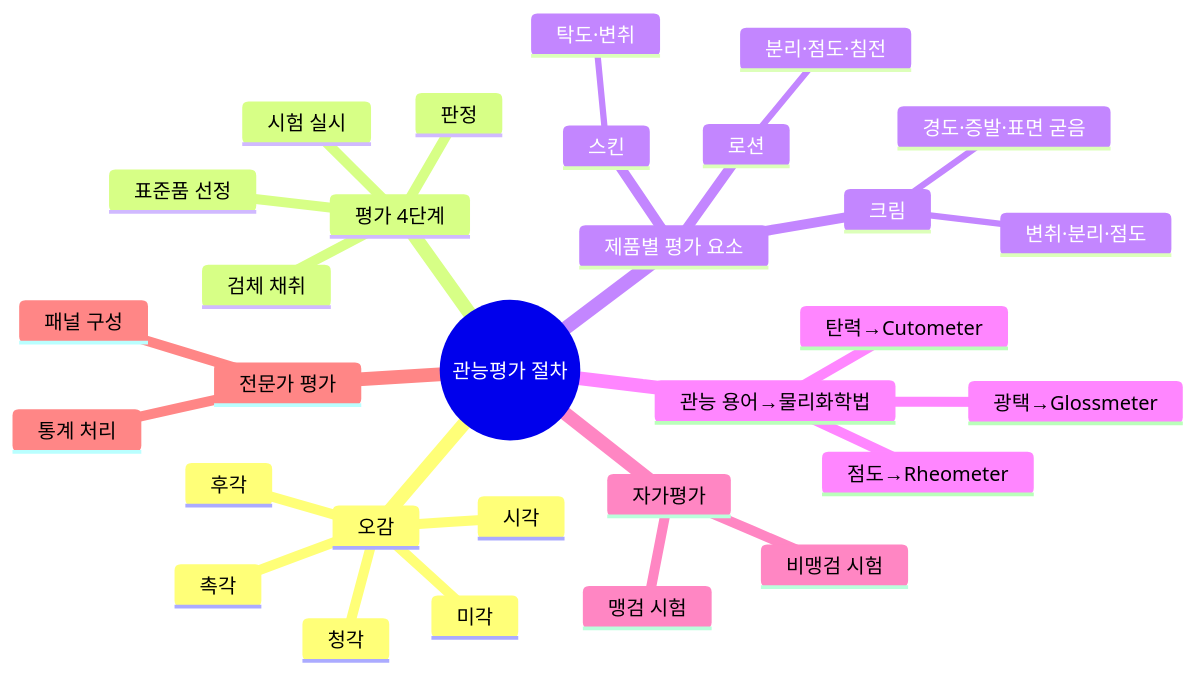
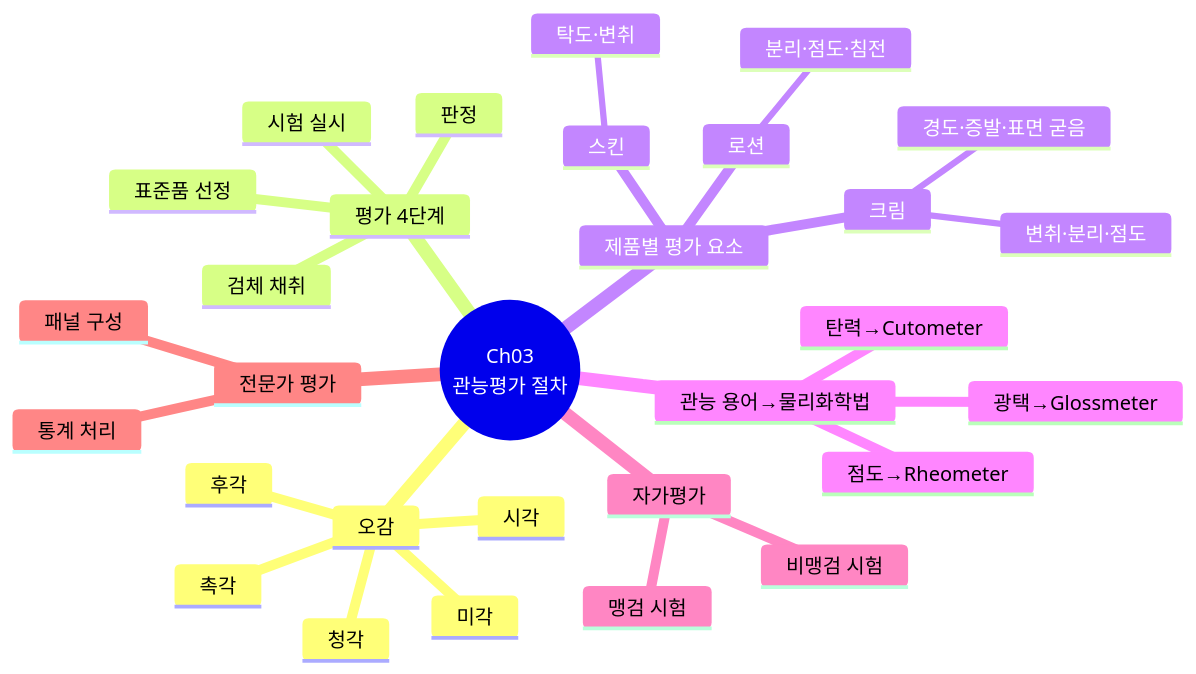
Before and after one commit to skygoldlee-cyber/Personalized_Skincare: diagram 15 of 28 in content/교재/understanding/4과목_맞춤형화장품의이해_이야기형.md, drawn with Mermaid. The commit also changed other lines of this file and 8 other files, not shown here.

````diff
--- a/content/교재/understanding/4과목_맞춤형화장품의이해_이야기형.md
+++ b/content/교재/understanding/4과목_맞춤형화장품의이해_이야기형.md
@@ -1973,33 +1973,33 @@
 ```mermaid
 mindmap
- root((관능평가 절차))
+ root((Ch03<br/>관능평가 절차))
   오감
    시각
    후각
    미각
    촉각
    청각
   평가 4단계
    표준품 선정
    검체 채취
    시험 실시
    판정
   제품별 평가 요소
    스킨
     탁도·변취
    크림
     변취·분리·점도
     경도·증발·표면 굳음
    로션
     분리·점도·침전
   관능 용어→물리화학법
    점도→Rheometer
    탄력→Cutometer
    광택→Glossmeter
   자가평가
    맹검 시험
    비맹검 시험
   전문가 평가
    패널 구성
    통계 처리
 ```
````
